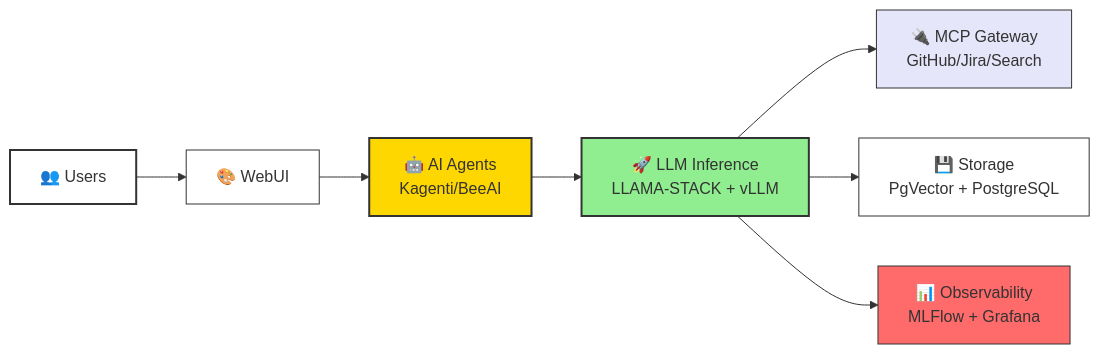
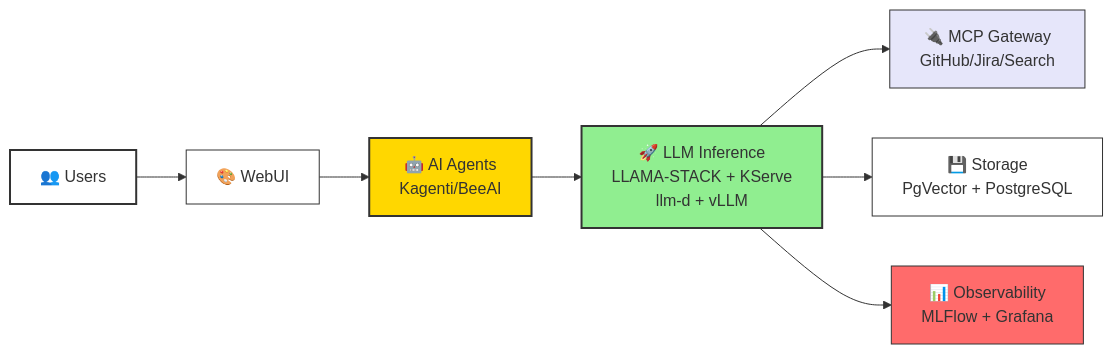
The first of 2 diagrams in README.md (aicatalyst-team/catalyst-lab), drawn with Mermaid before and after one commit. The commit also changed other lines of this file, not shown here.

First line of the commit message:
Add building block diagram and update Architecture at a Glance (#10)

````diff
--- a/README.md
+++ b/README.md
@@ -11,17 +11,17 @@
 ```mermaid
 graph LR
     Users[👥 Users] --> Frontend[🎨 WebUI]
     Frontend --> Agents[🤖 AI Agents<br/>Kagenti/BeeAI]
-    Agents --> LLM[🚀 LLM Inference<br/>LLAMA-STACK + vLLM]
+    Agents --> LLM[🚀 LLM Inference<br/>LLAMA-STACK + KServe<br/>llm-d + vLLM]
     LLM --> MCP[🔌 MCP Gateway<br/>GitHub/Jira/Search]
     LLM --> Storage[💾 Storage<br/>PgVector + PostgreSQL]
     LLM --> Obs[📊 Observability<br/>MLFlow + Grafana]
-    
+
     style Users fill:#fff,stroke:#333,stroke-width:2px
     style Frontend fill:#fff,stroke:#333
     style Agents fill:#ffd700,stroke:#333,stroke-width:2px
     style LLM fill:#90EE90,stroke:#333,stroke-width:2px
     style MCP fill:#E6E6FA,stroke:#333
     style Storage fill:#fff,stroke:#333
     style Obs fill:#FF6B6B,stroke:#333
 ```
````
